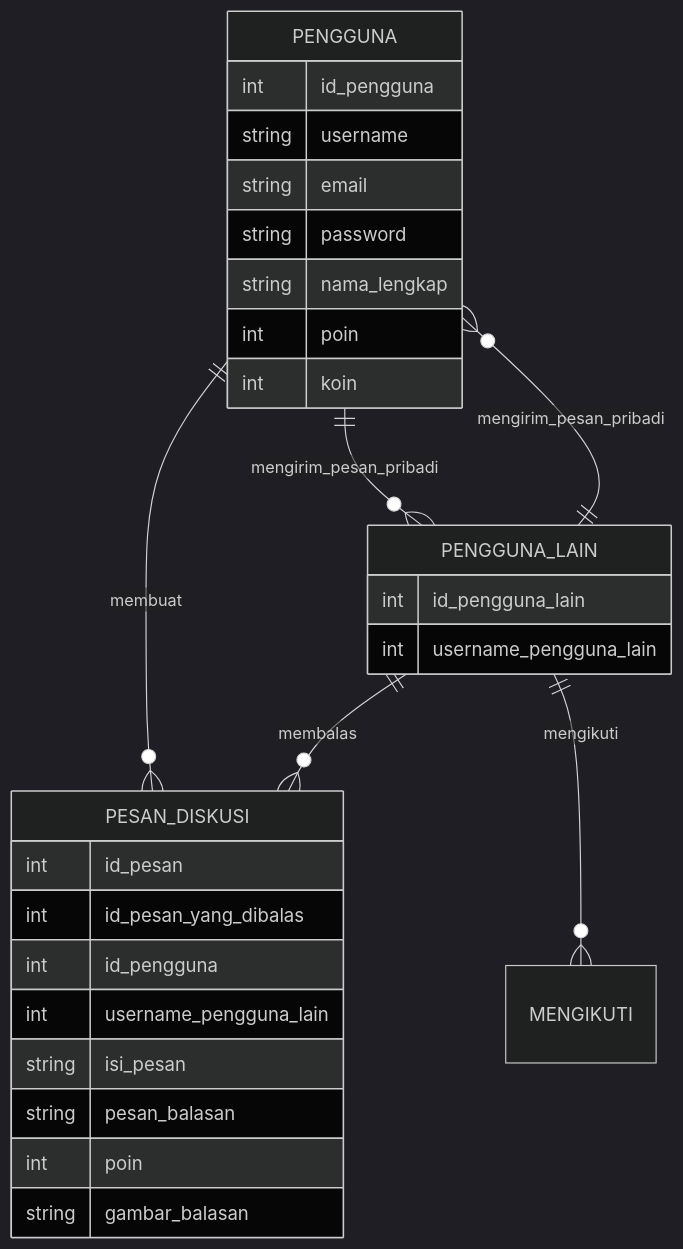
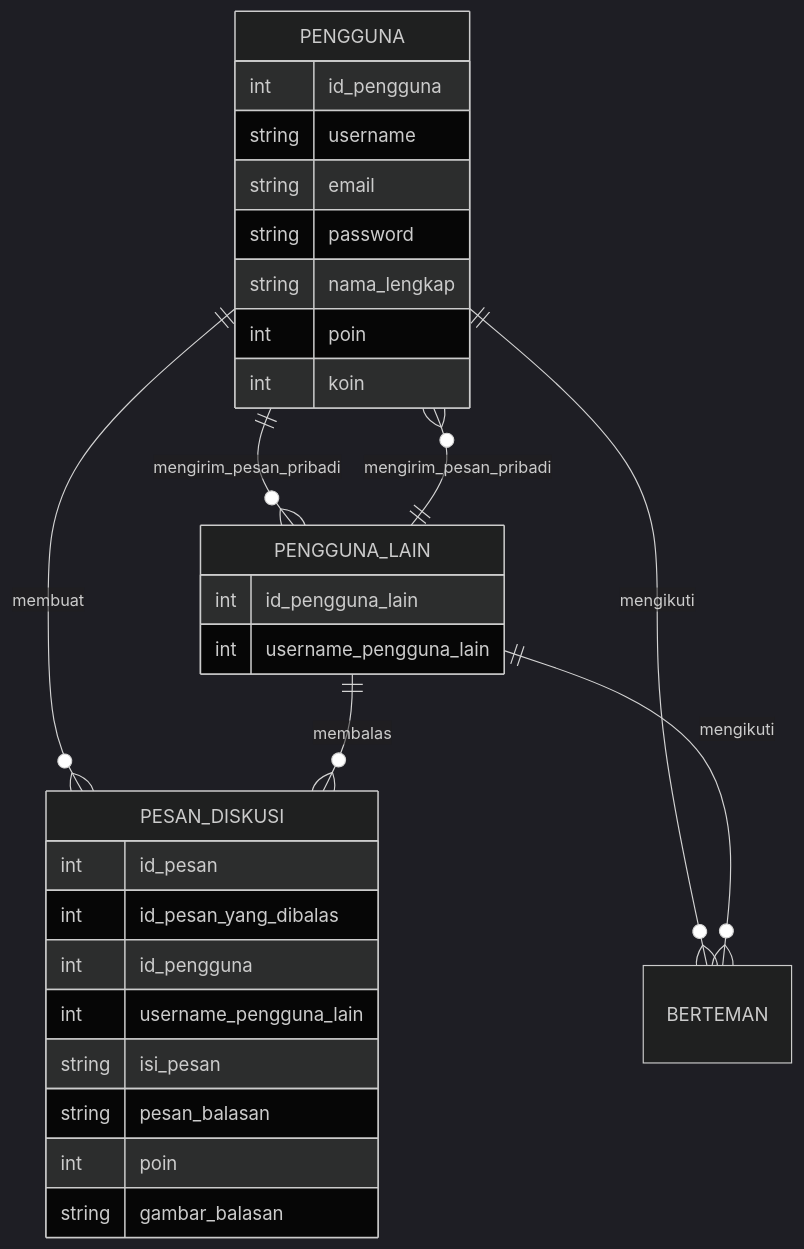
One commit to fahrizap/Kodein changed the diagram in job interview.MD. Above: the diagram before and after it, drawn with Mermaid (dark theme).

Commit message:
Update job interview.MD

````diff
--- a/job interview.MD
+++ b/job interview.MD
@@ -20,32 +20,33 @@
 ```mermaid
 erDiagram
 
   PENGGUNA {
     int id_pengguna
     string username
     string email
     string password
     string nama_lengkap
     int poin
     int koin
   }
   PENGGUNA ||--o{ PESAN_DISKUSI : membuat
   PENGGUNA ||--o{ PENGGUNA_LAIN : mengirim_pesan_pribadi
+  PENGGUNA ||--o{ BERTEMAN : mengikuti
   PESAN_DISKUSI {
     int id_pesan
     int id_pesan_yang_dibalas
     int id_pengguna 
     int username_pengguna_lain
     string isi_pesan
     string pesan_balasan
     int poin
     string gambar_balasan
   }
   PENGGUNA_LAIN {
     int id_pengguna_lain
     int username_pengguna_lain
   }
   PENGGUNA_LAIN ||--o{ PESAN_DISKUSI : membalas
   PENGGUNA_LAIN ||--o{ PENGGUNA : mengirim_pesan_pribadi
-  PENGGUNA_LAIN ||--o{ MENGIKUTI : mengikuti
+  PENGGUNA_LAIN ||--o{ BERTEMAN : mengikuti
 ```
````
